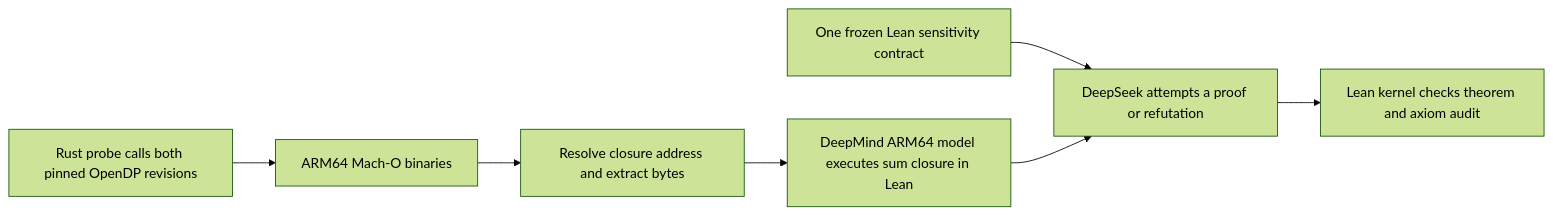
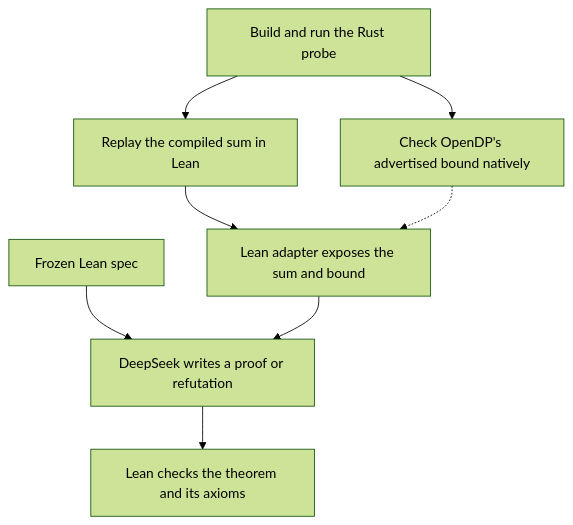
One commit to molinamarcvdb/bitverdict changed the diagram in cases/opendp-overflow/README.md. Above: the diagram before and after it, drawn with Mermaid (forest theme). The commit also changed other lines of this file and 4 other files, not shown here.

````diff
--- a/cases/opendp-overflow/README.md
+++ b/cases/opendp-overflow/README.md
@@ -14,9 +14,10 @@
 ```mermaid
-flowchart LR
-    Probe["Rust probe calls both pinned OpenDP revisions"] --> Binary["ARM64 Mach-O binaries"]
-    Binary --> Extract["Resolve closure address and extract bytes"]
-    Extract --> Replay["DeepMind ARM64 model executes sum closure in Lean"]
-    Contract["One frozen Lean sensitivity contract"] --> Agent["DeepSeek attempts a proof or refutation"]
-    Replay --> Agent
-    Agent --> Gate["Lean kernel checks theorem and axiom audit"]
+flowchart TD
+    Probe["Build and run the Rust probe"] --> Replay["Replay the compiled sum in Lean"]
+    Probe --> Bound["Check OpenDP's advertised bound natively"]
+    Replay --> Machine["Lean adapter exposes the sum and bound"]
+    Bound -.-> Machine
+    Spec["Frozen Lean spec"] --> Agent["DeepSeek writes a proof or refutation"]
+    Machine --> Agent
+    Agent --> Gate["Lean checks the theorem and its axioms"]
 ```
````
